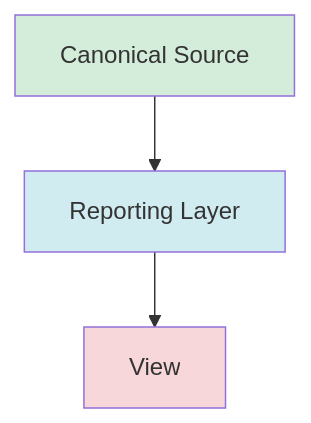
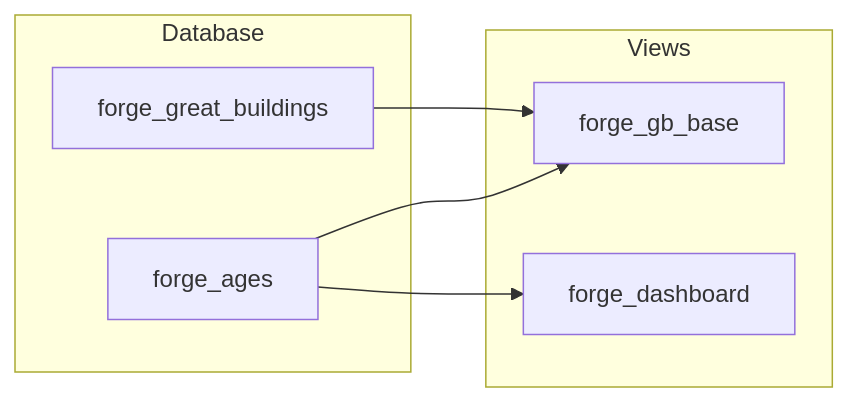
The diagram in docs/Battle-Resolution-Test.md (HarryJHilton/forge-database), drawn with Mermaid before and after one commit.

Commit message:
Modify flowchart direction in Battle-Resolution-Test.md
Updated flowchart direction and structure in the Battle Resolution Test documentation.

````diff
--- a/docs/Battle-Resolution-Test.md
+++ b/docs/Battle-Resolution-Test.md
@@ -3,19 +3,18 @@
 ```mermaid
 
-flowchart TD
+flowchart LR
 
-A[Canonical Source]
-B[Reporting Layer]
-C[View]
+subgraph Database
+    A[forge_great_buildings]
+    B[forge_ages]
+end
 
-A --> B
+subgraph Views
+    C[forge_gb_base]
+    D[forge_dashboard]
+end
+
+A --> C
 B --> C
-
-classDef source fill:#d4edda
-classDef report fill:#d1ecf1
-classDef view fill:#f8d7da
-
-class A source
-class B report
-class C view
+B --> D
 ```
````
